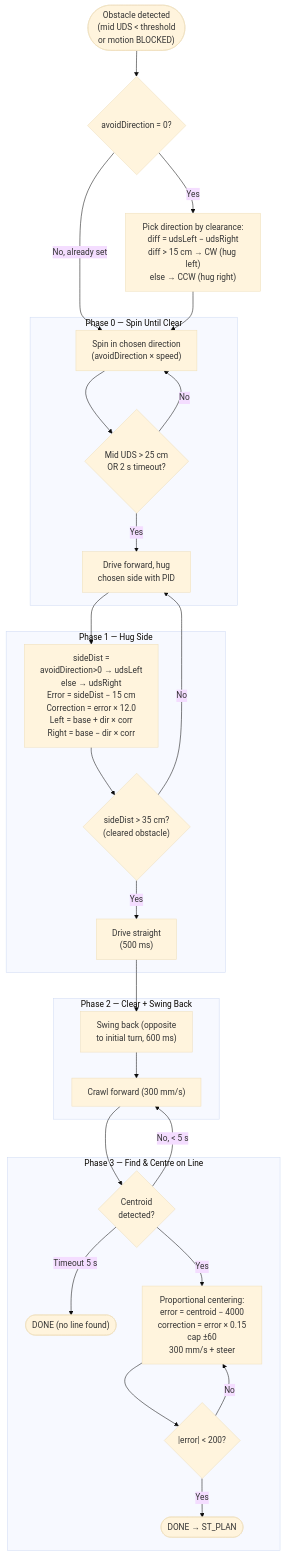
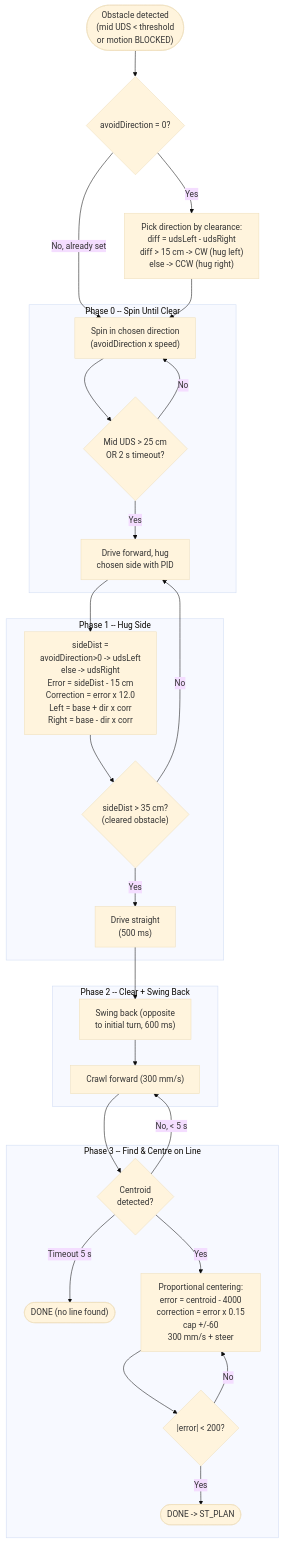
One commit to rahrah456/Term-3-Martian-Robotics-Project changed the fourth of 9 diagrams in README.md. Above: the diagram before and after it, drawn with Mermaid (base theme). The commit also changed other lines of this file, not shown here.

````diff
--- a/README.md
+++ b/README.md
@@ -279,43 +278,43 @@
 ```mermaid
 flowchart TB
     DETECT(["Obstacle detected<br/>(mid UDS < threshold<br/>or motion BLOCKED)"]) --> DIR
 
     DIR{"avoidDirection = 0?"}
-    DIR -->|Yes| PICK["Pick direction by clearance:<br/>diff = udsLeft − udsRight<br/>diff > 15 cm → CW (hug left)<br/>else → CCW (hug right)"]
+    DIR -->|Yes| PICK["Pick direction by clearance:<br/>diff = udsLeft - udsRight<br/>diff > 15 cm -> CW (hug left)<br/>else -> CCW (hug right)"]
     DIR -->|No, already set| P0
 
     PICK --> P0
 
-    subgraph "Phase 0 — Spin Until Clear"
-        P0["Spin in chosen direction<br/>(avoidDirection × speed)"]
-        P0 --> P0_CHK{"Mid UDS > 25 cm<br/>OR 2 s timeout?"}
+    subgraph "Phase 0 -- Spin Until Clear"
+        P0["Spin in chosen direction<br/>(avoidDirection x speed)"]
+        P0 --> P0_CHK{"Mid UDS > 25 cm<br/>OR 2 s timeout?"}
         P0_CHK -->|No| P0
         P0_CHK -->|Yes| P1
     end
 
-    subgraph "Phase 1 — Hug Side"
+    subgraph "Phase 1 -- Hug Side"
         P1["Drive forward, hug<br/>chosen side with PID"]
-        P1_CTRL["sideDist =<br/>avoidDirection>0 → udsLeft<br/>else → udsRight<br/>Error = sideDist − 15 cm<br/>Correction = error × 12.0<br/>Left = base + dir × corr<br/>Right = base − dir × corr"]
+        P1_CTRL["sideDist =<br/>avoidDirection>0 -> udsLeft<br/>else -> udsRight<br/>Error = sideDist - 15 cm<br/>Correction = error x 12.0<br/>Left = base + dir x corr<br/>Right = base - dir x corr"]
         P1 --> P1_CTRL
-        P1_CTRL --> P1_CHK{"sideDist > 35 cm?<br/>(cleared obstacle)"}
+        P1_CTRL --> P1_CHK{"sideDist > 35 cm?<br/>(cleared obstacle)"}
         P1_CHK -->|No| P1
         P1_CHK -->|Yes| P2
     end
 
-    subgraph "Phase 2 — Clear + Swing Back"
-        P2["Drive straight<br/>(500 ms)"]
-        P2 --> P2_SWING["Swing back (opposite<br/>to initial turn, 600 ms)"]
+    subgraph "Phase 2 -- Clear + Swing Back"
+        P2["Drive straight<br/>(500 ms)"]
+        P2 --> P2_SWING["Swing back (opposite<br/>to initial turn, 600 ms)"]
         P2_SWING --> P3
     end
 
-    subgraph "Phase 3 — Find & Centre on Line"
-        P3["Crawl forward (300 mm/s)"]
+    subgraph "Phase 3 -- Find & Centre on Line"
+        P3["Crawl forward (300 mm/s)"]
         P3 --> P3_CHK{"Centroid<br/>detected?"}
-        P3_CHK -->|No, < 5 s| P3
-        P3_CHK -->|Timeout 5 s| DONE_TIMEOUT(["DONE (no line found)"])
-        P3_CHK -->|Yes| P3_CTRL["Proportional centering:<br/>error = centroid − 4000<br/>correction = error × 0.15<br/>cap ±60<br/>300 mm/s + steer"]
+        P3_CHK -->|No, < 5 s| P3
+        P3_CHK -->|Timeout 5 s| DONE_TIMEOUT(["DONE (no line found)"])
+        P3_CHK -->|Yes| P3_CTRL["Proportional centering:<br/>error = centroid - 4000<br/>correction = error x 0.15<br/>cap +/-60<br/>300 mm/s + steer"]
         P3_CTRL --> P3_OK{"|error| < 200?"}
         P3_OK -->|No| P3_CTRL
-        P3_OK -->|Yes| DONE(["DONE → ST_PLAN"])
+        P3_OK -->|Yes| DONE(["DONE -> ST_PLAN"])
     end
 ```
````
